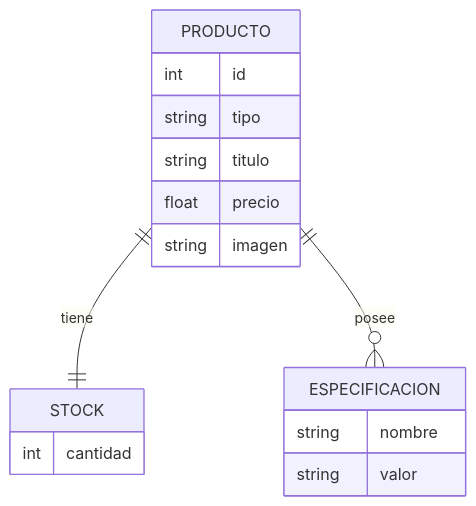
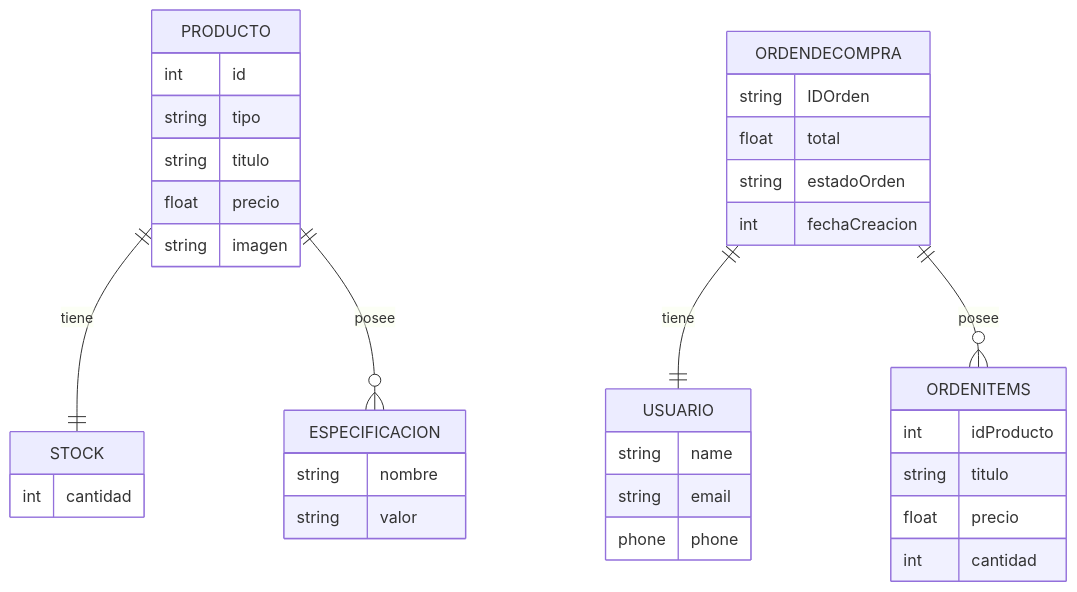
One commit to cdmaidana/ReelFun changed the first of 2 diagrams in README.md. Above: the diagram before and after it, drawn with Mermaid. The commit also changed other lines of this file and 23 other files, not shown here.

````diff
--- a/README.md
+++ b/README.md
@@ -100,22 +109,47 @@
 ```mermaid
 erDiagram
+
+    USUARIO {
+        string name
+        string email
+        phone phone 
+    }
+
     PRODUCTO {
         int id
         string tipo
         string titulo
         float precio
         string imagen
     }
 
     STOCK {
         int cantidad
     }
 
     ESPECIFICACION {
         string nombre
         string valor
     }
 
     PRODUCTO ||--|| STOCK : tiene
     PRODUCTO ||--o{ ESPECIFICACION : posee
+
+    ORDENDECOMPRA{
+        string IDOrden
+        float total
+        string estadoOrden
+        int fechaCreacion
+    }
+
+    ORDENITEMS{
+        int idProducto
+        string titulo
+        float precio
+        int cantidad
+    }
+
+    ORDENDECOMPRA ||--|| USUARIO : tiene
+    ORDENDECOMPRA ||--o{ ORDENITEMS : posee
+
 ```
````
